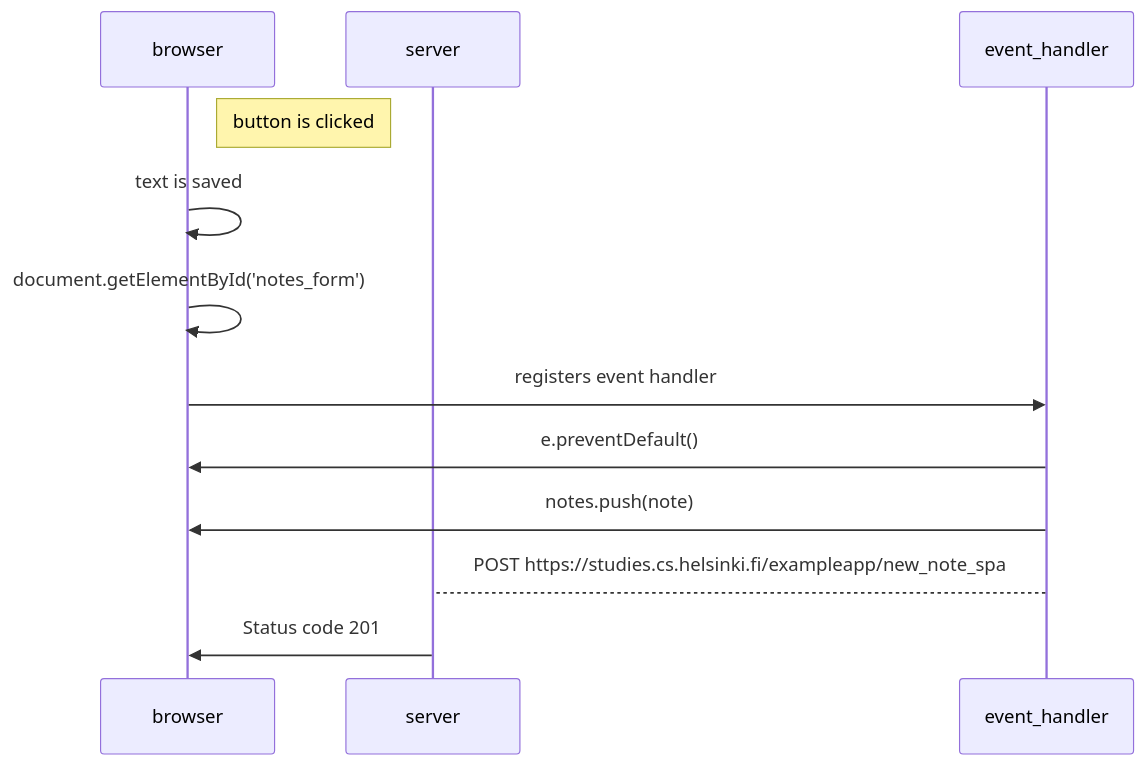
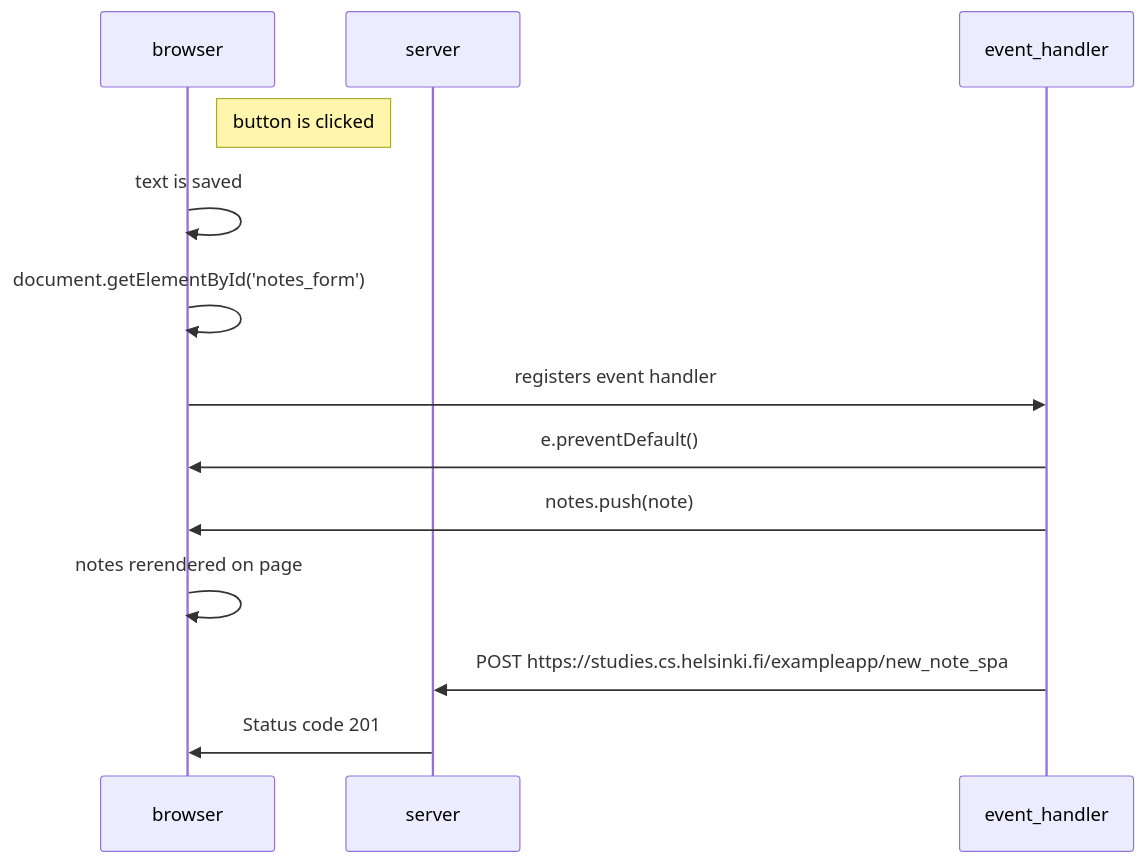
Before and after one commit to jtrussell10/fso-part-0: the diagram in 0_6.md, drawn with Mermaid. The commit also changed 1 other file, not shown here.

Commit message:
v2 Possible final tests of Mermaid

````diff
--- a/0_6.md
+++ b/0_6.md
@@ -1,16 +1,17 @@
 ```mermaid
 sequenceDiagram
     participant browser
     participant server
     participant event_handler
 
     Note right of browser: button is clicked
     browser->>browser: text is saved
     browser->>browser: document.getElementById('notes_form') 
     browser->>event_handler: registers event handler
     event_handler->>browser: e.preventDefault()
     event_handler->>browser: notes.push(note)
-    event_handler-->server: POST https://studies.cs.helsinki.fi/exampleapp/new_note_spa
+    browser->>browser: notes rerendered on page
+    event_handler->>server: POST https://studies.cs.helsinki.fi/exampleapp/new_note_spa
     server->>browser: Status code 201
 
 ```
````
